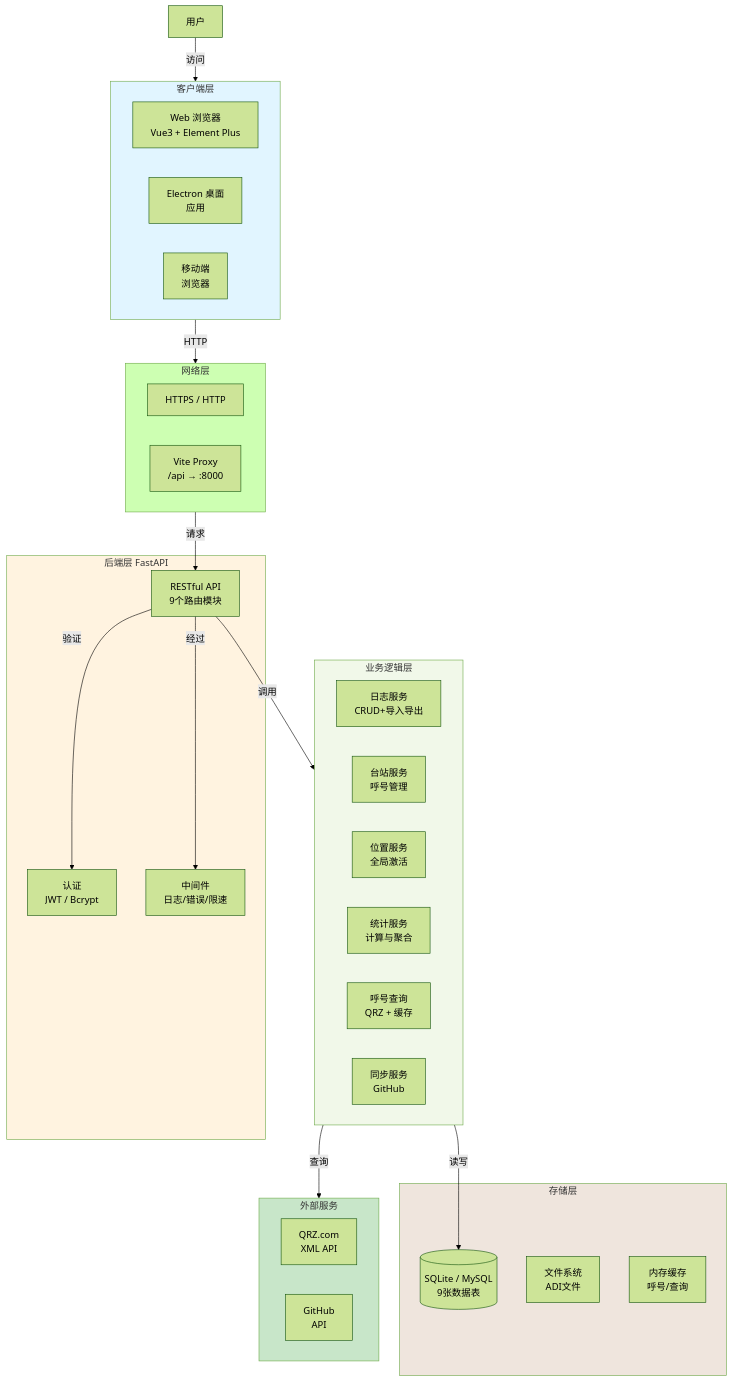
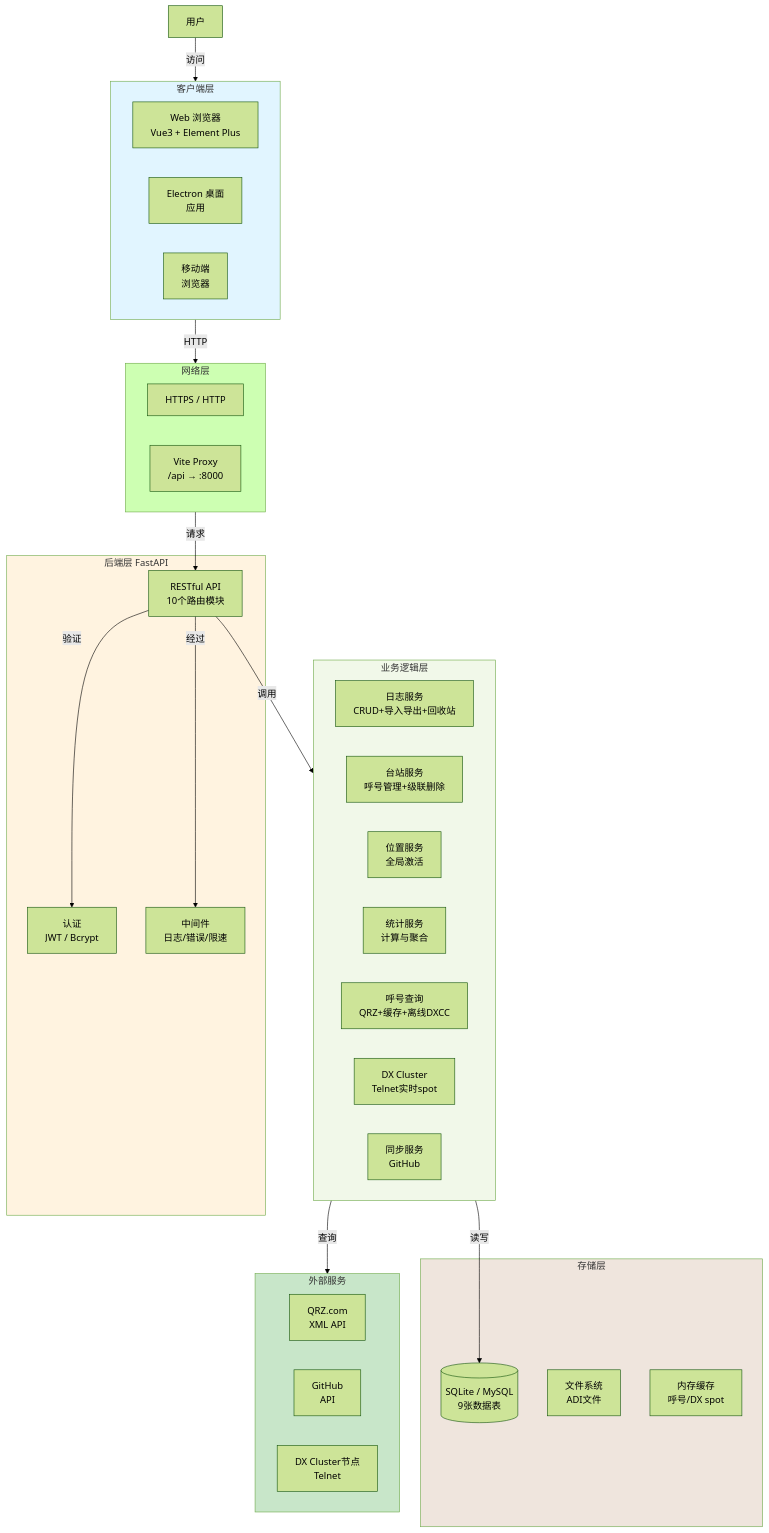
One commit to NanamiKite/radioManger changed the first of 16 diagrams in doc/07_系统架构图.md. Above: the diagram before and after it, drawn with Mermaid (forest theme). The commit also changed other lines of this file and 9 other files, not shown here.

````diff
--- a/doc/07_系统架构图.md
+++ b/doc/07_系统架构图.md
@@ -5,56 +5,58 @@
 ```mermaid
 graph TB
     User["用户"]
 
     subgraph Client["客户端层"]
         Web["Web 浏览器<br/>Vue3 + Element Plus"]
         Electron["Electron 桌面<br/>应用"]
         Mobile["移动端<br/>浏览器"]
     end
 
     subgraph Network["网络层"]
         HTTPS["HTTPS / HTTP"]
         DevProxy["Vite Proxy<br/>/api → :8000"]
     end
 
     subgraph Backend["后端层 FastAPI"]
         Auth["认证<br/>JWT / Bcrypt"]
-        API["RESTful API<br/>9个路由模块"]
+        API["RESTful API<br/>10个路由模块"]
         Middleware["中间件<br/>日志/错误/限速"]
     end
 
     subgraph Services["业务逻辑层"]
-        LogService["日志服务<br/>CRUD+导入导出"]
-        StationService["台站服务<br/>呼号管理"]
+        LogService["日志服务<br/>CRUD+导入导出+回收站"]
+        StationService["台站服务<br/>呼号管理+级联删除"]
         LocationService["位置服务<br/>全局激活"]
         StatsService["统计服务<br/>计算与聚合"]
-        QRZService["呼号查询<br/>QRZ + 缓存"]
+        QRZService["呼号查询<br/>QRZ+缓存+离线DXCC"]
+        DXCluster["DX Cluster<br/>Telnet实时spot"]
         SyncService["同步服务<br/>GitHub"]
     end
 
     subgraph Storage["存储层"]
         DB[("SQLite / MySQL<br/>9张数据表")]
         FileSystem["文件系统<br/>ADI文件"]
-        Cache["内存缓存<br/>呼号/查询"]
+        Cache["内存缓存<br/>呼号/DX spot"]
     end
 
     subgraph External["外部服务"]
         QRZ["QRZ.com<br/>XML API"]
         GitHub["GitHub<br/>API"]
+        DXTelnet["DX Cluster节点<br/>Telnet"]
     end
 
     User -->|访问| Client
     Client -->|HTTP| Network
     Network -->|请求| API
     API -->|验证| Auth
     API -->|经过| Middleware
     API -->|调用| Services
     Services -->|读写| DB
     Services -->|查询| External
 
     style Client fill:#e1f5ff
     style Backend fill:#fff3e0
     style Services fill:#f1f8e9
     style Storage fill:#efe5dd
     style External fill:#c8e6c9
 ```
````
